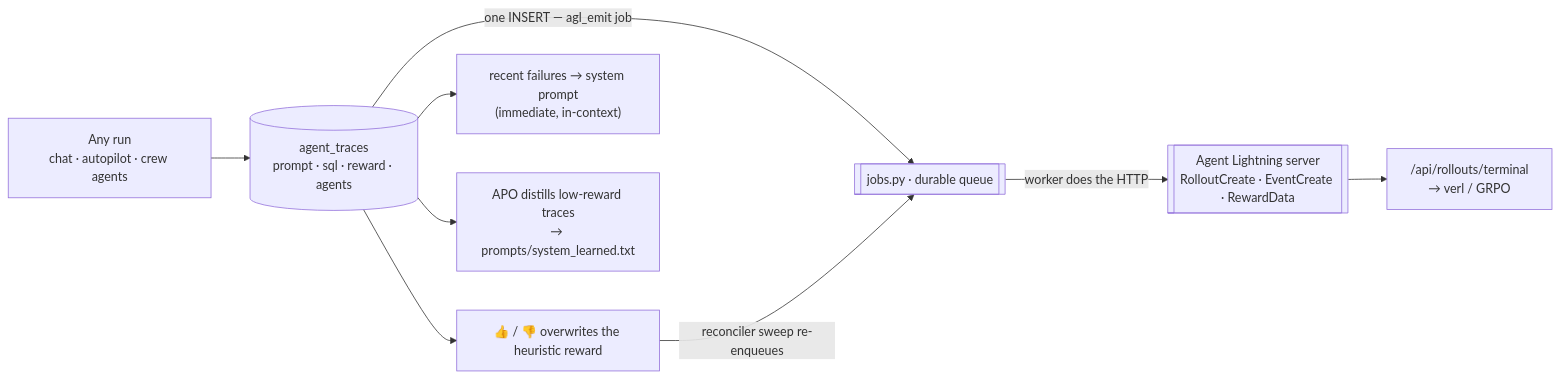
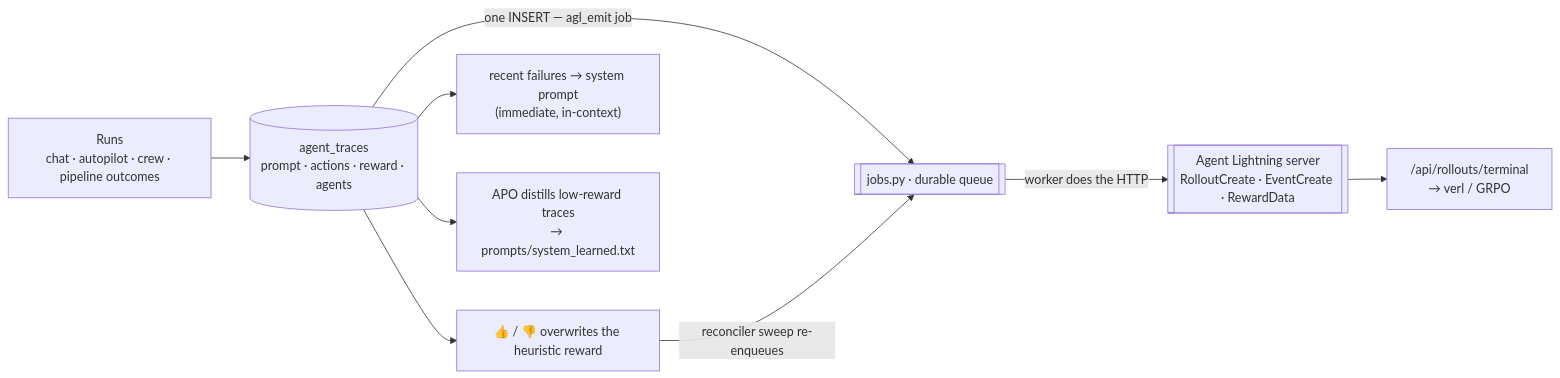
Before and after one commit to rohitkarumanchi745/studio: the seventh of 12 diagrams in README.md, drawn with Mermaid. The commit also changed other lines of this file and 46 other files, not shown here.

````diff
--- a/README.md
+++ b/README.md
@@ -850,11 +1107,11 @@
 ```mermaid
 flowchart LR
-    run["Any run<br/>chat · autopilot · crew agents"] --> roll[("agent_traces<br/>prompt · sql · reward · agents")]
+    run["Runs<br/>chat · autopilot · crew · pipeline outcomes"] --> roll[("agent_traces<br/>prompt · actions · reward · agents")]
     roll --> fb["👍 / 👎 overwrites the heuristic reward"]
     roll --> fail["recent failures → system prompt<br/>(immediate, in-context)"]
     roll --> apo["APO distills low-reward traces<br/>→ prompts/system_learned.txt"]
     roll -->|"one INSERT — agl_emit job"| q[["jobs.py · durable queue"]]
     q -->|"worker does the HTTP"| agl[["Agent Lightning server<br/>RolloutCreate · EventCreate · RewardData"]]
     fb -->|"reconciler sweep re-enqueues"| q
     agl --> verl["/api/rollouts/terminal<br/>→ verl / GRPO"]
 ```
````
